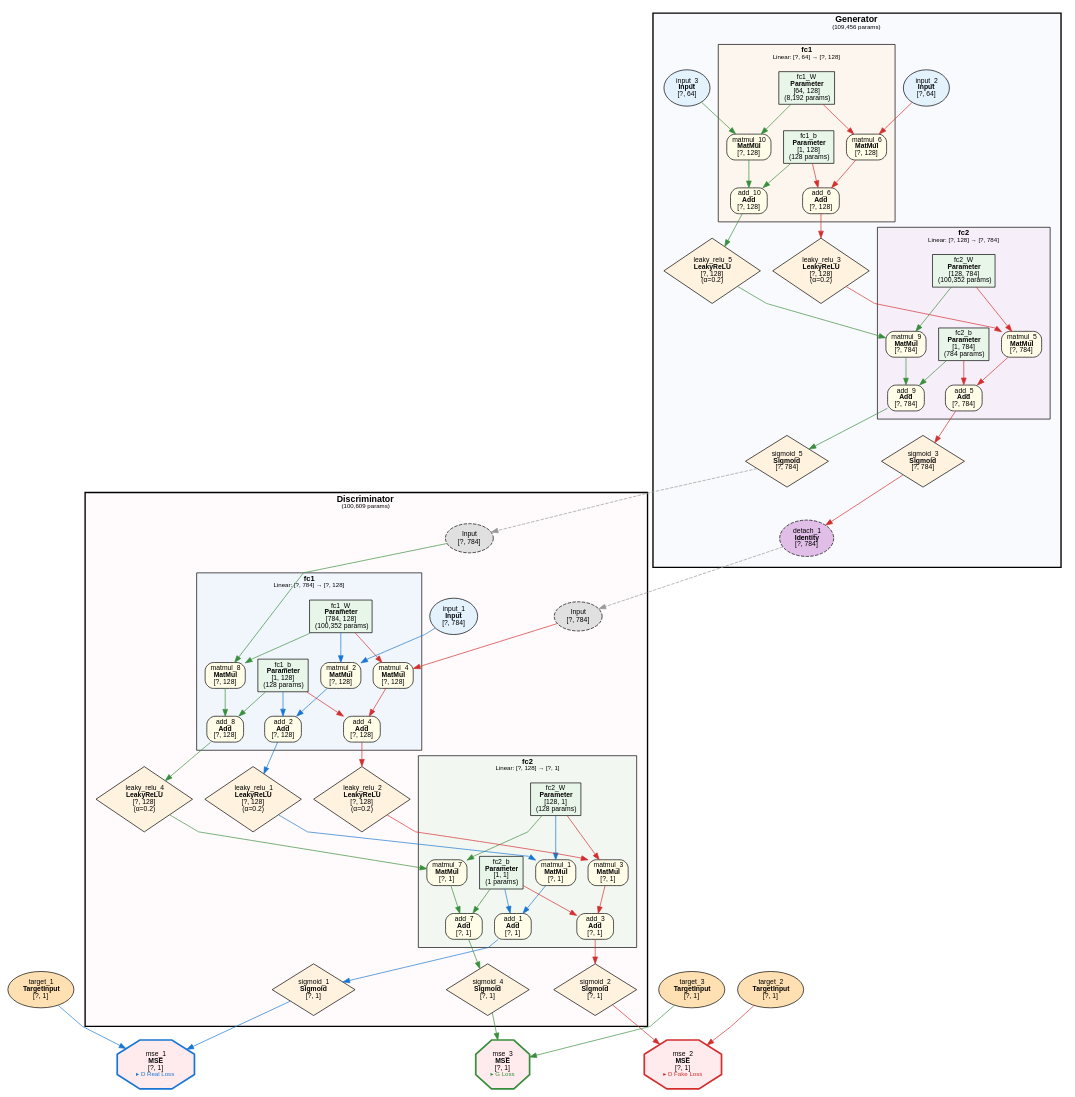
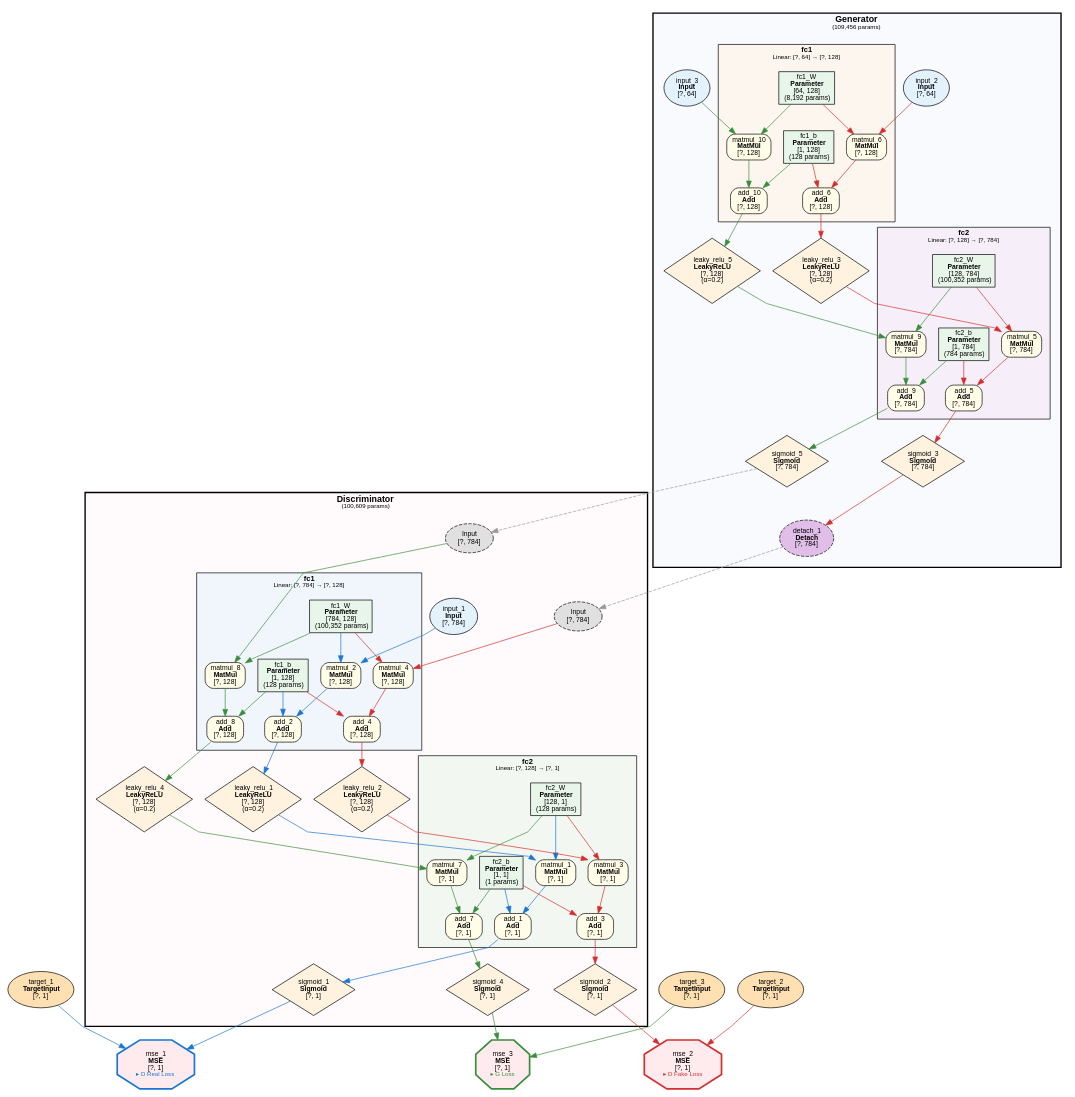
One commit to dbsxdbsx/only_torch changed the diagram in examples/mnist_gan/mnist_gan.dot. Above: the diagram before and after it, drawn with Graphviz. The commit also changed 10 other files, not shown here.

First line of the commit message:
refactor(nn): 将 Detach 从 Identity 标志位拆分为独立节点类型

```diff
--- a/examples/mnist_gan/mnist_gan.dot
+++ b/examples/mnist_gan/mnist_gan.dot
@@ -1,174 +1,174 @@
 digraph ComputeGraph {
     rankdir=TB;
     newrank=true;
     splines=polyline;
     node [fontname="Microsoft YaHei,SimHei,Arial"];
     edge [fontname="Microsoft YaHei,SimHei,Arial"];
 
     subgraph cluster_model_Discriminator {
         label=<<B>Discriminator</B><BR/><FONT POINT-SIZE="9">(100,609 params)</FONT>>;
         style="filled,bold";
         fillcolor="#FFEBEE40";
         fontname="Microsoft YaHei,SimHei,Arial";
         fontsize=13;
         margin=16;
 
         subgraph cluster_Discriminator_fc1 {
             label=<<B>fc1</B><BR/><FONT POINT-SIZE="9">Linear: [?, 784] → [?, 128]</FONT>>;
             style=filled;
             fillcolor="#E3F2FD80";
             fontname="Microsoft YaHei,SimHei,Arial";
             fontsize=11;
             margin=12;
                 "9" [label=<add_2<BR/><B>Add</B><BR/>[?, 128]> shape=box style="filled,rounded" fillcolor="#FFFDE7" fontsize=10];
                 "10" [label=<matmul_2<BR/><B>MatMul</B><BR/>[?, 128]> shape=box style="filled,rounded" fillcolor="#FFFDE7" fontsize=10];
                 "11" [label=<fc1_b<BR/><B>Parameter</B><BR/>[1, 128]<BR/>(128 params)> shape=box style=filled fillcolor="#E8F5E9" fontsize=10];
                 "13" [label=<fc1_W<BR/><B>Parameter</B><BR/>[784, 128]<BR/>(100,352 params)> shape=box style=filled fillcolor="#E8F5E9" fontsize=10];
                 "20" [label=<add_4<BR/><B>Add</B><BR/>[?, 128]> shape=box style="filled,rounded" fillcolor="#FFFDE7" fontsize=10];
                 "21" [label=<matmul_4<BR/><B>MatMul</B><BR/>[?, 128]> shape=box style="filled,rounded" fillcolor="#FFFDE7" fontsize=10];
                 "40" [label=<add_8<BR/><B>Add</B><BR/>[?, 128]> shape=box style="filled,rounded" fillcolor="#FFFDE7" fontsize=10];
                 "41" [label=<matmul_8<BR/><B>MatMul</B><BR/>[?, 128]> shape=box style="filled,rounded" fillcolor="#FFFDE7" fontsize=10];
         }
 
         subgraph cluster_Discriminator_fc2 {
             label=<<B>fc2</B><BR/><FONT POINT-SIZE="9">Linear: [?, 128] → [?, 1]</FONT>>;
             style=filled;
             fillcolor="#E8F5E980";
             fontname="Microsoft YaHei,SimHei,Arial";
             fontsize=11;
             margin=12;
                 "4" [label=<add_1<BR/><B>Add</B><BR/>[?, 1]> shape=box style="filled,rounded" fillcolor="#FFFDE7" fontsize=10];
                 "5" [label=<matmul_1<BR/><B>MatMul</B><BR/>[?, 1]> shape=box style="filled,rounded" fillcolor="#FFFDE7" fontsize=10];
                 "6" [label=<fc2_b<BR/><B>Parameter</B><BR/>[1, 1]<BR/>(1 params)> shape=box style=filled fillcolor="#E8F5E9" fontsize=10];
                 "8" [label=<fc2_W<BR/><B>Parameter</B><BR/>[128, 1]<BR/>(128 params)> shape=box style=filled fillcolor="#E8F5E9" fontsize=10];
                 "17" [label=<add_3<BR/><B>Add</B><BR/>[?, 1]> shape=box style="filled,rounded" fillcolor="#FFFDE7" fontsize=10];
                 "18" [label=<matmul_3<BR/><B>MatMul</B><BR/>[?, 1]> shape=box style="filled,rounded" fillcolor="#FFFDE7" fontsize=10];
                 "37" [label=<add_7<BR/><B>Add</B><BR/>[?, 1]> shape=box style="filled,rounded" fillcolor="#FFFDE7" fontsize=10];
                 "38" [label=<matmul_7<BR/><B>MatMul</B><BR/>[?, 1]> shape=box style="filled,rounded" fillcolor="#FFFDE7" fontsize=10];
         }
 
         "2" [label=<sigmoid_1<BR/><B>Sigmoid</B><BR/>[?, 1]> shape=diamond style=filled fillcolor="#FFF3E0" fontsize=10];
         "7" [label=<leaky_relu_1<BR/><B>LeakyReLU</B><BR/>[?, 128]<BR/>(α=0.2)> shape=diamond style=filled fillcolor="#FFF3E0" fontsize=10];
         "12" [label=<input_1<BR/><B>Input</B><BR/>[?, 784]> shape=ellipse style=filled fillcolor="#E3F2FD" fontsize=10];
         "15" [label=<sigmoid_2<BR/><B>Sigmoid</B><BR/>[?, 1]> shape=diamond style=filled fillcolor="#FFF3E0" fontsize=10];
         "19" [label=<leaky_relu_2<BR/><B>LeakyReLU</B><BR/>[?, 128]<BR/>(α=0.2)> shape=diamond style=filled fillcolor="#FFF3E0" fontsize=10];
         "35" [label=<sigmoid_4<BR/><B>Sigmoid</B><BR/>[?, 1]> shape=diamond style=filled fillcolor="#FFF3E0" fontsize=10];
         "39" [label=<leaky_relu_4<BR/><B>LeakyReLU</B><BR/>[?, 128]<BR/>(α=0.2)> shape=diamond style=filled fillcolor="#FFF3E0" fontsize=10];
         "virt_22_Discriminator" [label=<Input<BR/>[?, 784]> shape=ellipse style="filled,dashed" fillcolor="#E0E0E0" fontsize=10];
         "virt_42_Discriminator" [label=<Input<BR/>[?, 784]> shape=ellipse style="filled,dashed" fillcolor="#E0E0E0" fontsize=10];
     }
 
     subgraph cluster_model_Generator {
         label=<<B>Generator</B><BR/><FONT POINT-SIZE="9">(109,456 params)</FONT>>;
         style="filled,bold";
         fillcolor="#E8EAF640";
         fontname="Microsoft YaHei,SimHei,Arial";
         fontsize=13;
         margin=16;
 
         subgraph cluster_Generator_fc1 {
             label=<<B>fc1</B><BR/><FONT POINT-SIZE="9">Linear: [?, 64] → [?, 128]</FONT>>;
             style=filled;
             fillcolor="#FFF3E080";
             fontname="Microsoft YaHei,SimHei,Arial";
             fontsize=11;
             margin=12;
                 "29" [label=<add_6<BR/><B>Add</B><BR/>[?, 128]> shape=box style="filled,rounded" fillcolor="#FFFDE7" fontsize=10];
                 "30" [label=<matmul_6<BR/><B>MatMul</B><BR/>[?, 128]> shape=box style="filled,rounded" fillcolor="#FFFDE7" fontsize=10];
                 "31" [label=<fc1_b<BR/><B>Parameter</B><BR/>[1, 128]<BR/>(128 params)> shape=box style=filled fillcolor="#E8F5E9" fontsize=10];
                 "33" [label=<fc1_W<BR/><B>Parameter</B><BR/>[64, 128]<BR/>(8,192 params)> shape=box style=filled fillcolor="#E8F5E9" fontsize=10];
                 "46" [label=<add_10<BR/><B>Add</B><BR/>[?, 128]> shape=box style="filled,rounded" fillcolor="#FFFDE7" fontsize=10];
                 "47" [label=<matmul_10<BR/><B>MatMul</B><BR/>[?, 128]> shape=box style="filled,rounded" fillcolor="#FFFDE7" fontsize=10];
         }
 
         subgraph cluster_Generator_fc2 {
             label=<<B>fc2</B><BR/><FONT POINT-SIZE="9">Linear: [?, 128] → [?, 784]</FONT>>;
             style=filled;
             fillcolor="#F3E5F580";
             fontname="Microsoft YaHei,SimHei,Arial";
             fontsize=11;
             margin=12;
                 "24" [label=<add_5<BR/><B>Add</B><BR/>[?, 784]> shape=box style="filled,rounded" fillcolor="#FFFDE7" fontsize=10];
                 "25" [label=<matmul_5<BR/><B>MatMul</B><BR/>[?, 784]> shape=box style="filled,rounded" fillcolor="#FFFDE7" fontsize=10];
                 "26" [label=<fc2_b<BR/><B>Parameter</B><BR/>[1, 784]<BR/>(784 params)> shape=box style=filled fillcolor="#E8F5E9" fontsize=10];
                 "28" [label=<fc2_W<BR/><B>Parameter</B><BR/>[128, 784]<BR/>(100,352 params)> shape=box style=filled fillcolor="#E8F5E9" fontsize=10];
                 "43" [label=<add_9<BR/><B>Add</B><BR/>[?, 784]> shape=box style="filled,rounded" fillcolor="#FFFDE7" fontsize=10];
                 "44" [label=<matmul_9<BR/><B>MatMul</B><BR/>[?, 784]> shape=box style="filled,rounded" fillcolor="#FFFDE7" fontsize=10];
         }
 
-        "22" [label=<detach_1<BR/><B>Identity</B><BR/>[?, 784]> shape=ellipse style="filled,dashed" fillcolor="#E1BEE7" fontsize=10];
+        "22" [label=<detach_1<BR/><B>Detach</B><BR/>[?, 784]> shape=ellipse style="filled,dashed" fillcolor="#E1BEE7" fontsize=10];
         "23" [label=<sigmoid_3<BR/><B>Sigmoid</B><BR/>[?, 784]> shape=diamond style=filled fillcolor="#FFF3E0" fontsize=10];
         "27" [label=<leaky_relu_3<BR/><B>LeakyReLU</B><BR/>[?, 128]<BR/>(α=0.2)> shape=diamond style=filled fillcolor="#FFF3E0" fontsize=10];
         "32" [label=<input_2<BR/><B>Input</B><BR/>[?, 64]> shape=ellipse style=filled fillcolor="#E3F2FD" fontsize=10];
         "42" [label=<sigmoid_5<BR/><B>Sigmoid</B><BR/>[?, 784]> shape=diamond style=filled fillcolor="#FFF3E0" fontsize=10];
         "45" [label=<leaky_relu_5<BR/><B>LeakyReLU</B><BR/>[?, 128]<BR/>(α=0.2)> shape=diamond style=filled fillcolor="#FFF3E0" fontsize=10];
         "48" [label=<input_3<BR/><B>Input</B><BR/>[?, 64]> shape=ellipse style=filled fillcolor="#E3F2FD" fontsize=10];
     }
 
     "1" [label=<mse_1<BR/><B>MSE</B><BR/>[?, 1]<BR/><FONT COLOR="#1976D2" POINT-SIZE="9">▸ D Real Loss</FONT>> shape=octagon style=filled fillcolor="#FFEBEE" fontsize=10 penwidth=2.5 color="#1976D2"];
     "3" [label=<target_1<BR/><B>TargetInput</B><BR/>[?, 1]> shape=ellipse style=filled fillcolor="#FFE0B2" fontsize=10];
     "14" [label=<mse_2<BR/><B>MSE</B><BR/>[?, 1]<BR/><FONT COLOR="#D32F2F" POINT-SIZE="9">▸ D Fake Loss</FONT>> shape=octagon style=filled fillcolor="#FFEBEE" fontsize=10 penwidth=2.5 color="#D32F2F"];
     "16" [label=<target_2<BR/><B>TargetInput</B><BR/>[?, 1]> shape=ellipse style=filled fillcolor="#FFE0B2" fontsize=10];
     "34" [label=<mse_3<BR/><B>MSE</B><BR/>[?, 1]<BR/><FONT COLOR="#388E3C" POINT-SIZE="9">▸ G Loss</FONT>> shape=octagon style=filled fillcolor="#FFEBEE" fontsize=10 penwidth=2.5 color="#388E3C"];
     "36" [label=<target_3<BR/><B>TargetInput</B><BR/>[?, 1]> shape=ellipse style=filled fillcolor="#FFE0B2" fontsize=10];
 
     "2" -> "1" [color="#1976D2"];
     "3" -> "1" [color="#1976D2"];
     "4" -> "2" [color="#1976D2"];
     "5" -> "4" [color="#1976D2"];
     "6" -> "4" [color="#1976D2"];
     "7" -> "5" [color="#1976D2"];
     "8" -> "5" [color="#1976D2"];
     "9" -> "7" [color="#1976D2"];
     "10" -> "9" [color="#1976D2"];
     "11" -> "9" [color="#1976D2"];
     "12" -> "10" [color="#1976D2"];
     "13" -> "10" [color="#1976D2"];
     "15" -> "14" [color="#D32F2F"];
     "16" -> "14" [color="#D32F2F"];
     "17" -> "15" [color="#D32F2F"];
     "18" -> "17" [color="#D32F2F"];
     "6" -> "17" [color="#D32F2F"];
     "19" -> "18" [color="#D32F2F"];
     "8" -> "18" [color="#D32F2F"];
     "20" -> "19" [color="#D32F2F"];
     "21" -> "20" [color="#D32F2F"];
     "11" -> "20" [color="#D32F2F"];
     "22" -> "virt_22_Discriminator" [style=dashed color="#999999"];
     "virt_22_Discriminator" -> "21" [color="#D32F2F"];
     "13" -> "21" [color="#D32F2F"];
     "23" -> "22" [color="#D32F2F"];
     "24" -> "23" [color="#D32F2F"];
     "25" -> "24" [color="#D32F2F"];
     "26" -> "24" [color="#D32F2F"];
     "27" -> "25" [color="#D32F2F"];
     "28" -> "25" [color="#D32F2F"];
     "29" -> "27" [color="#D32F2F"];
     "30" -> "29" [color="#D32F2F"];
     "31" -> "29" [color="#D32F2F"];
     "32" -> "30" [color="#D32F2F"];
     "33" -> "30" [color="#D32F2F"];
     "35" -> "34" [color="#388E3C"];
     "36" -> "34" [color="#388E3C"];
     "37" -> "35" [color="#388E3C"];
     "38" -> "37" [color="#388E3C"];
     "6" -> "37" [color="#388E3C"];
     "39" -> "38" [color="#388E3C"];
     "8" -> "38" [color="#388E3C"];
     "40" -> "39" [color="#388E3C"];
     "41" -> "40" [color="#388E3C"];
     "11" -> "40" [color="#388E3C"];
     "42" -> "virt_42_Discriminator" [style=dashed color="#999999"];
     "virt_42_Discriminator" -> "41" [color="#388E3C"];
     "13" -> "41" [color="#388E3C"];
     "43" -> "42" [color="#388E3C"];
     "44" -> "43" [color="#388E3C"];
     "26" -> "43" [color="#388E3C"];
     "45" -> "44" [color="#388E3C"];
     "28" -> "44" [color="#388E3C"];
     "46" -> "45" [color="#388E3C"];
     "47" -> "46" [color="#388E3C"];
     "31" -> "46" [color="#388E3C"];
     "48" -> "47" [color="#388E3C"];
     "33" -> "47" [color="#388E3C"];
 }
```
